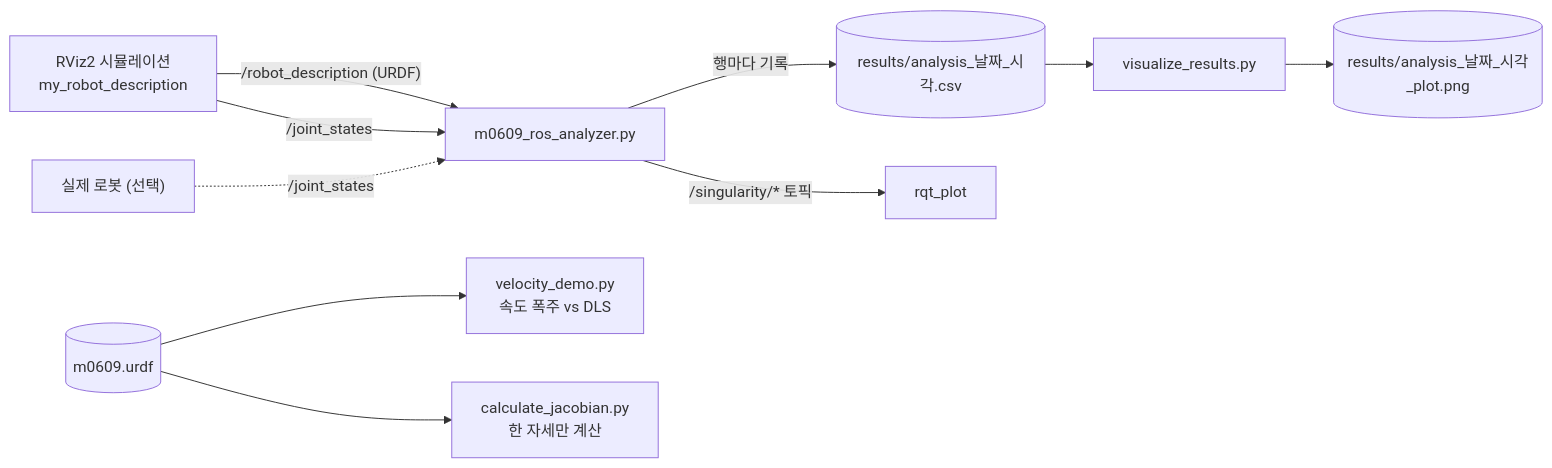
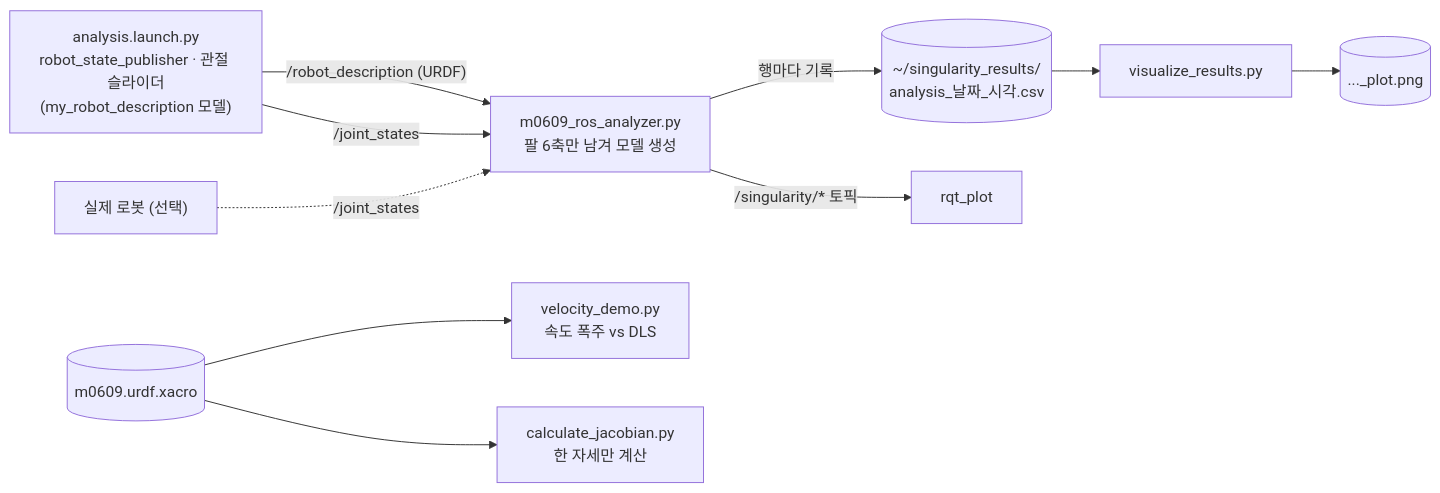
The first of 3 diagrams in README.md (yoonheon051/singularity_analysis), drawn with Mermaid before and after one commit. The commit also changed other lines of this file and 77 other files, not shown here.

First line of the commit message:
my_robot_description 통합, 분석 코드를 ROS2 패키지로 정리

````diff
--- a/README.md
+++ b/README.md
@@ -523,12 +558,12 @@
 ```mermaid
 flowchart LR
-    SIM["RViz2 시뮬레이션<br/>my_robot_description"] -- "/robot_description (URDF)" --> AN["m0609_ros_analyzer.py"]
+    SIM["analysis.launch.py<br/>robot_state_publisher · 관절 슬라이더<br/>(my_robot_description 모델)"] -- "/robot_description (URDF)" --> AN["m0609_ros_analyzer.py<br/>팔 6축만 남겨 모델 생성"]
     SIM -- "/joint_states" --> AN
     REAL["실제 로봇 (선택)"] -. "/joint_states" .-> AN
-    AN -- "행마다 기록" --> CSV[("results/analysis_날짜_시각.csv")]
+    AN -- "행마다 기록" --> CSV[("~/singularity_results/<br/>analysis_날짜_시각.csv")]
     AN -- "/singularity/* 토픽" --> RQT["rqt_plot"]
     URDF --> VD["velocity_demo.py<br/>속도 폭주 vs DLS"]
     CSV --> VIS["visualize_results.py"]
-    VIS --> PNG[("results/analysis_날짜_시각_plot.png")]
-    URDF[("m0609.urdf")] --> CJ["calculate_jacobian.py<br/>한 자세만 계산"]
+    VIS --> PNG[("..._plot.png")]
+    URDF[("m0609.urdf.xacro")] --> CJ["calculate_jacobian.py<br/>한 자세만 계산"]
 ```
````
